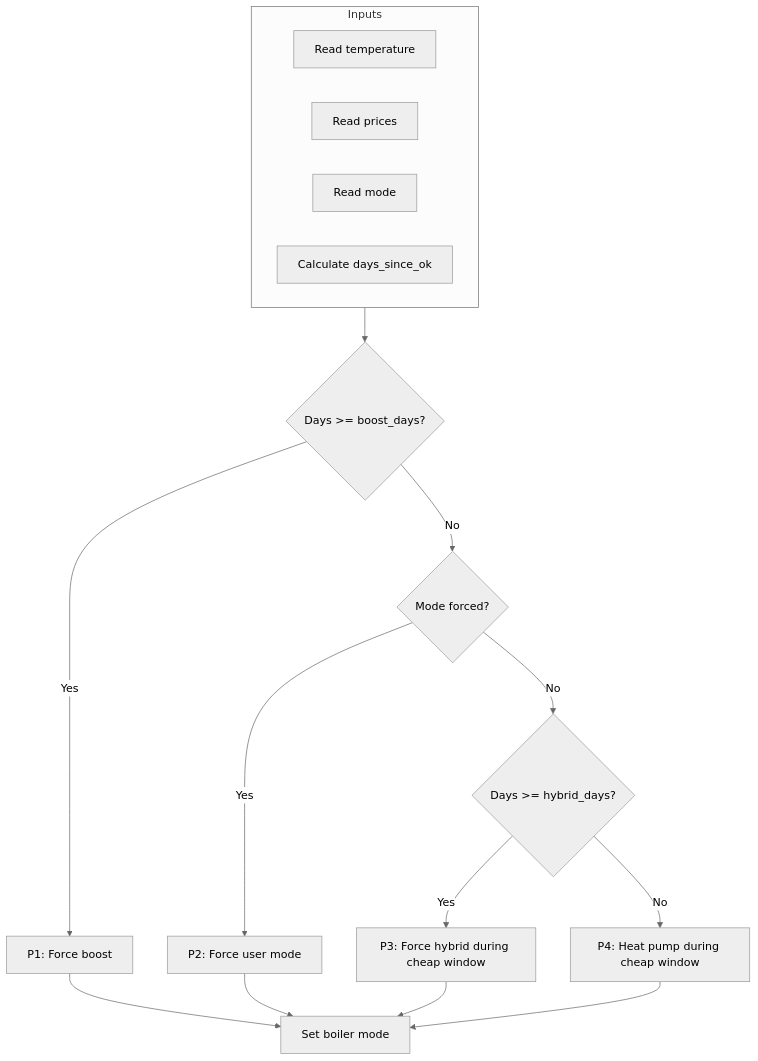
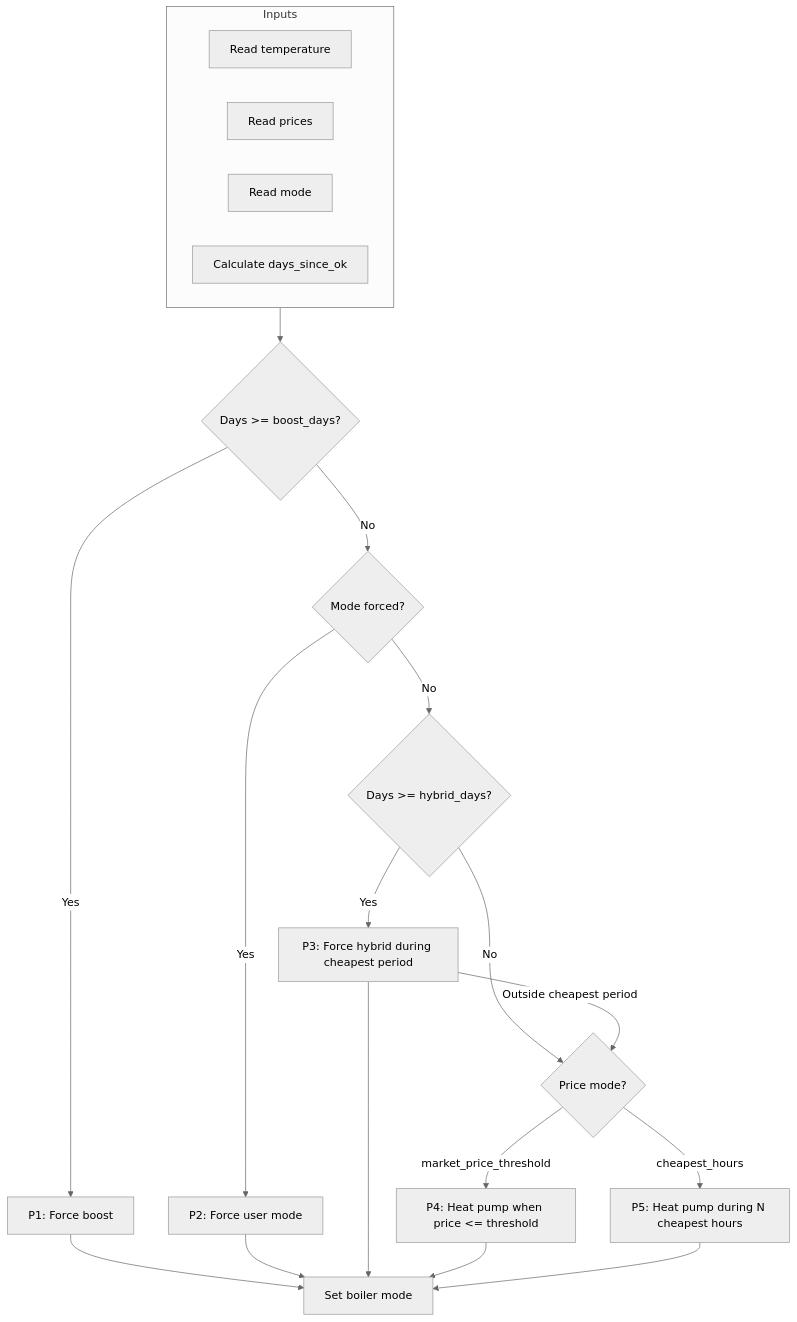
Before and after one commit to Atrium0804/SessyStrategy_HA: the second of 2 diagrams in docs/explanation/boiler-strategy-priority-chain.md, drawn with Mermaid. The commit also changed other lines of this file and 21 other files, not shown here.

Commit message:
feat: shared cheapest-hours fix: evening charge rule

````diff
--- a/docs/explanation/boiler-strategy-priority-chain.md
+++ b/docs/explanation/boiler-strategy-priority-chain.md
@@ -159,23 +177,27 @@
 ```mermaid
 %%{init: {'theme': 'neutral'}}%%
 flowchart TD
     subgraph Inputs
         A[Read temperature]
         B[Read prices]
         C[Read mode]
         D[Calculate days_since_ok]
     end
     
     Inputs --> E{Days >= boost_days?}
     E -->|Yes| F[P1: Force boost]
     E -->|No| G{Mode forced?}
     G -->|Yes| H[P2: Force user mode]
     G -->|No| I{Days >= hybrid_days?}
-    I -->|Yes| J[P3: Force hybrid during cheap window]
-    I -->|No| K[P4: Heat pump during cheap window]
+    I -->|Yes| J[P3: Force hybrid during cheapest period]
+    I -->|No| K{Price mode?}
+    J -->|Outside cheapest period| K
+    K -->|market_price_threshold| M[P4: Heat pump when price <= threshold]
+    K -->|cheapest_hours| N[P5: Heat pump during N cheapest hours]
     
     F --> L[Set boiler mode]
     H --> L
     J --> L
-    K --> L
+    M --> L
+    N --> L
 ```
````
